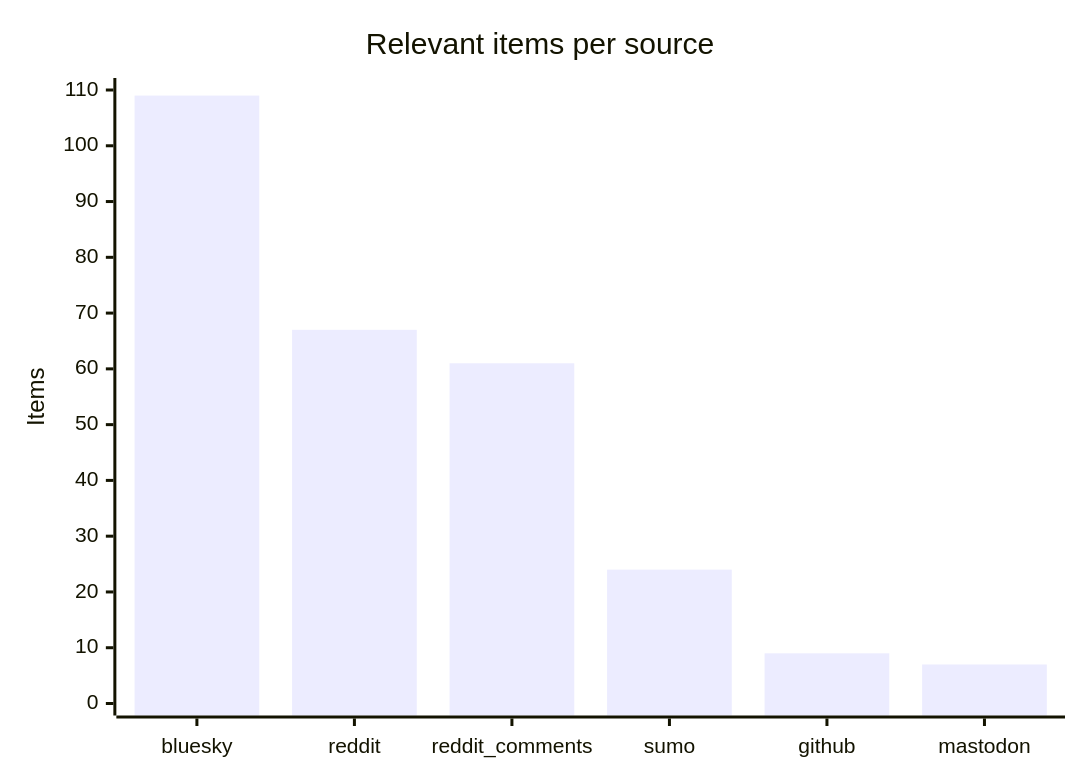
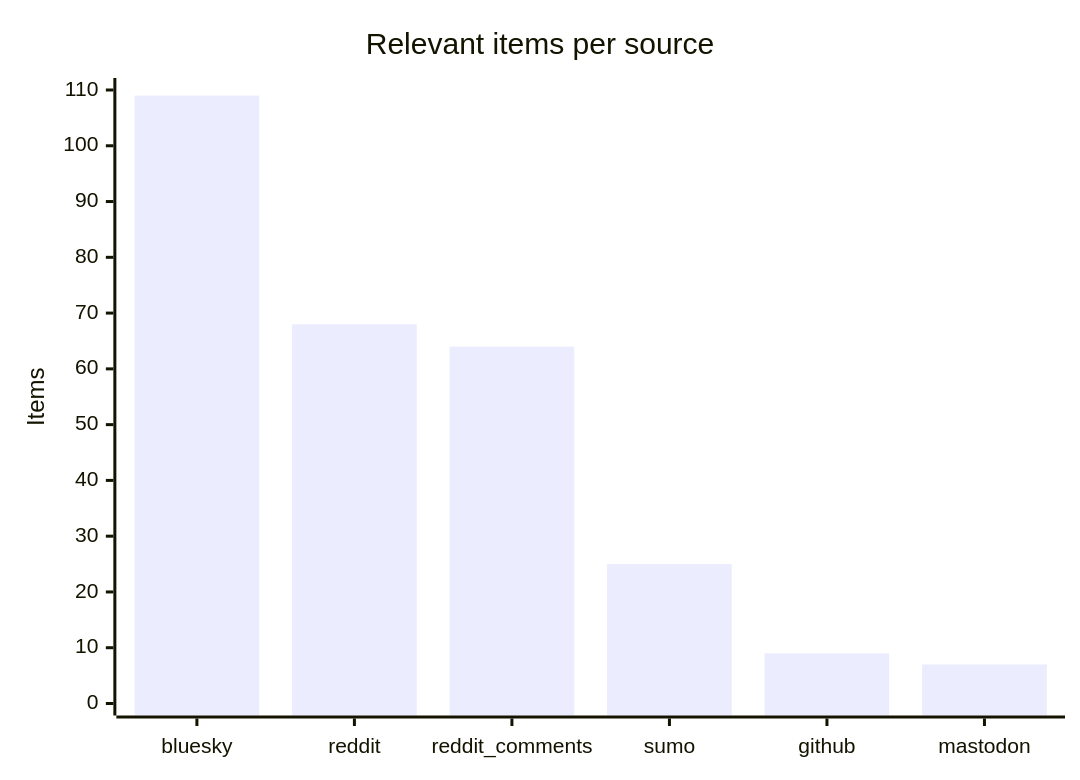
The third of 4 diagrams in README.md (martinbalfanz/social-scanner-reports), drawn with Mermaid before and after one commit. The commit also changed other lines of this file and 2 other files, not shown here.

````diff
--- a/README.md
+++ b/README.md
@@ -48,7 +48,7 @@
 ```mermaid
 xychart-beta
     title "Relevant items per source"
     x-axis ["bluesky", "reddit", "reddit_comments", "sumo", "github", "mastodon"]
     y-axis "Items" 0 --> 110
-    bar [109, 67, 61, 24, 9, 7]
+    bar [109, 68, 64, 25, 9, 7]
 ```
````
